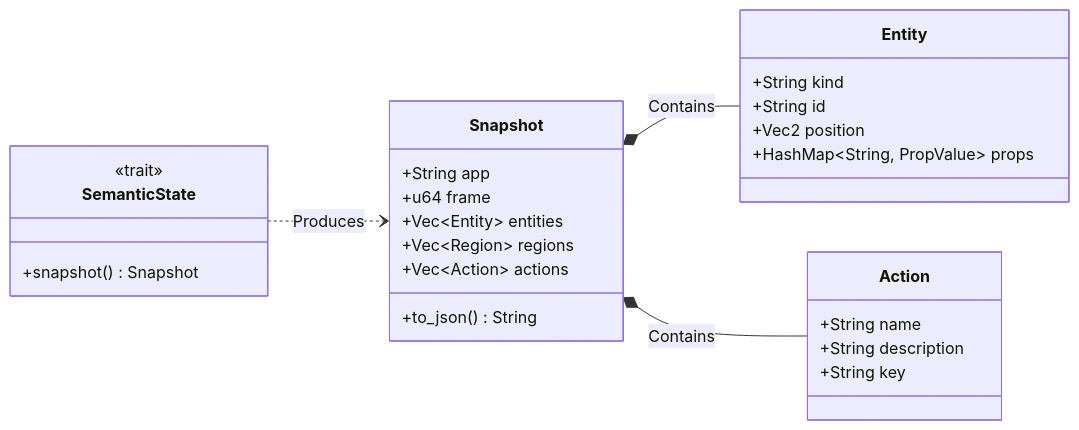
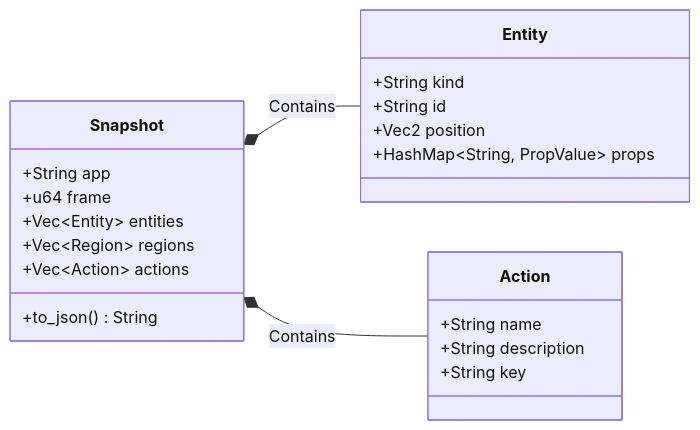
One commit to madmax983/skunkworks changed the third of 4 diagrams in docs/architecture.md. Above: the diagram before and after it, drawn with Mermaid. The commit also changed 1 other file, not shown here.

Commit message:
docs: update ADR 004 and architecture diagrams
- Update `docs/adr/004-semantic-state-bridge.md`: Change status to Accepted, remove references to `SemanticState` trait and `Command` enum, reflecting the actual inherent implementation strategy.
- Update `docs/architecture.md`: Modify `tui-semantic` class diagram to remove the `SemanticState` trait, showing `Snapshot` as the primary data structure.
- Ensures documentation accurately reflects the codebase as per "Codex" persona guidelines.

````diff
--- a/docs/architecture.md
+++ b/docs/architecture.md
@@ -50,34 +50,29 @@
 ```mermaid
 classDiagram
     direction LR
-    class SemanticState {
-        <<trait>>
-        +snapshot() Snapshot
-    }
 
     class Snapshot {
         +String app
         +u64 frame
         +Vec~Entity~ entities
         +Vec~Region~ regions
         +Vec~Action~ actions
         +to_json() String
     }
 
     class Entity {
         +String kind
         +String id
         +Vec2 position
         +HashMap~String, PropValue~ props
     }
 
     class Action {
         +String name
         +String description
         +String key
     }
 
-    SemanticState ..> Snapshot : Produces
     Snapshot *-- Entity : Contains
     Snapshot *-- Action : Contains
 ```
````
